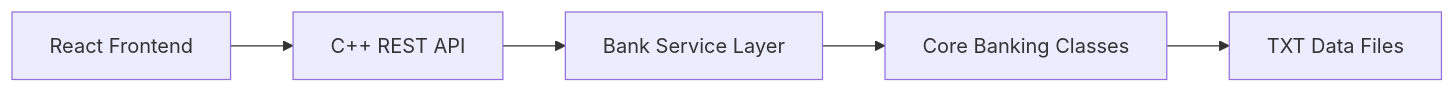
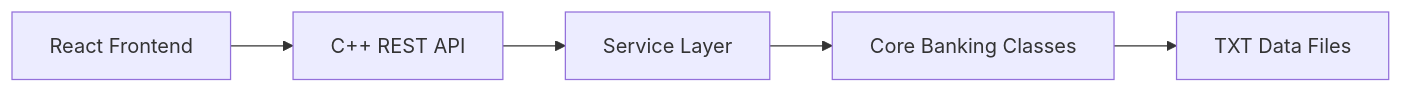
One commit to mohamedessam18/BankSystem changed the diagram in README.md. Above: the diagram before and after it, drawn with Mermaid. The commit also changed other lines of this file and 1 other file, not shown here.

````diff
--- a/README.md
+++ b/README.md
@@ -89,7 +216,7 @@
 ```mermaid
 flowchart LR
     A["React Frontend"] --> B["C++ REST API"]
-    B --> C["Bank Service Layer"]
+    B --> C["Service Layer"]
     C --> D["Core Banking Classes"]
     D --> E["TXT Data Files"]
 ```
````
